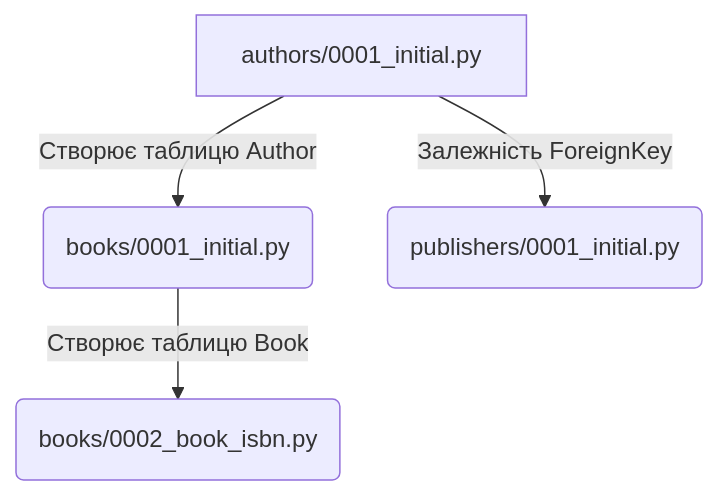
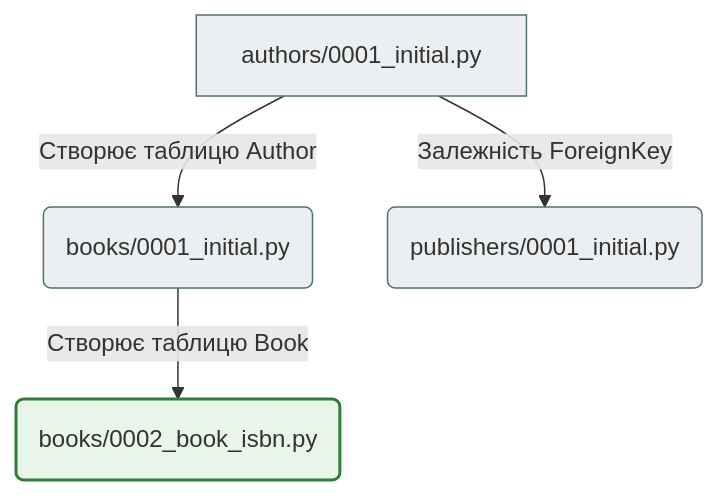
The second of 2 diagrams in docs/03_database_and_orm/django_migrations_full.md (NikoriakViktot/notes_chat_app), drawn with Mermaid before and after one commit. The commit also changed 441 other files, not shown here.

First line of the commit message:
Add English version of the book, Mermaid standard, docs fixes

````diff
--- a/docs/03_database_and_orm/django_migrations_full.md
+++ b/docs/03_database_and_orm/django_migrations_full.md
@@ -47,7 +47,12 @@
 ```mermaid
 graph TD
     A[authors/0001_initial.py] -->|Створює таблицю Author| B(books/0001_initial.py)
     B -->|Створює таблицю Book| C(books/0002_book_isbn.py)
     A -->|Залежність ForeignKey| D(publishers/0001_initial.py)
 
+    classDef step     fill:#eceff1,stroke:#546e7a,stroke-width:1px;
+    classDef success  fill:#e8f5e9,stroke:#2e7d32,stroke-width:2px;
+
+    class A,B,D step;
+    class C success;
 ```
````
